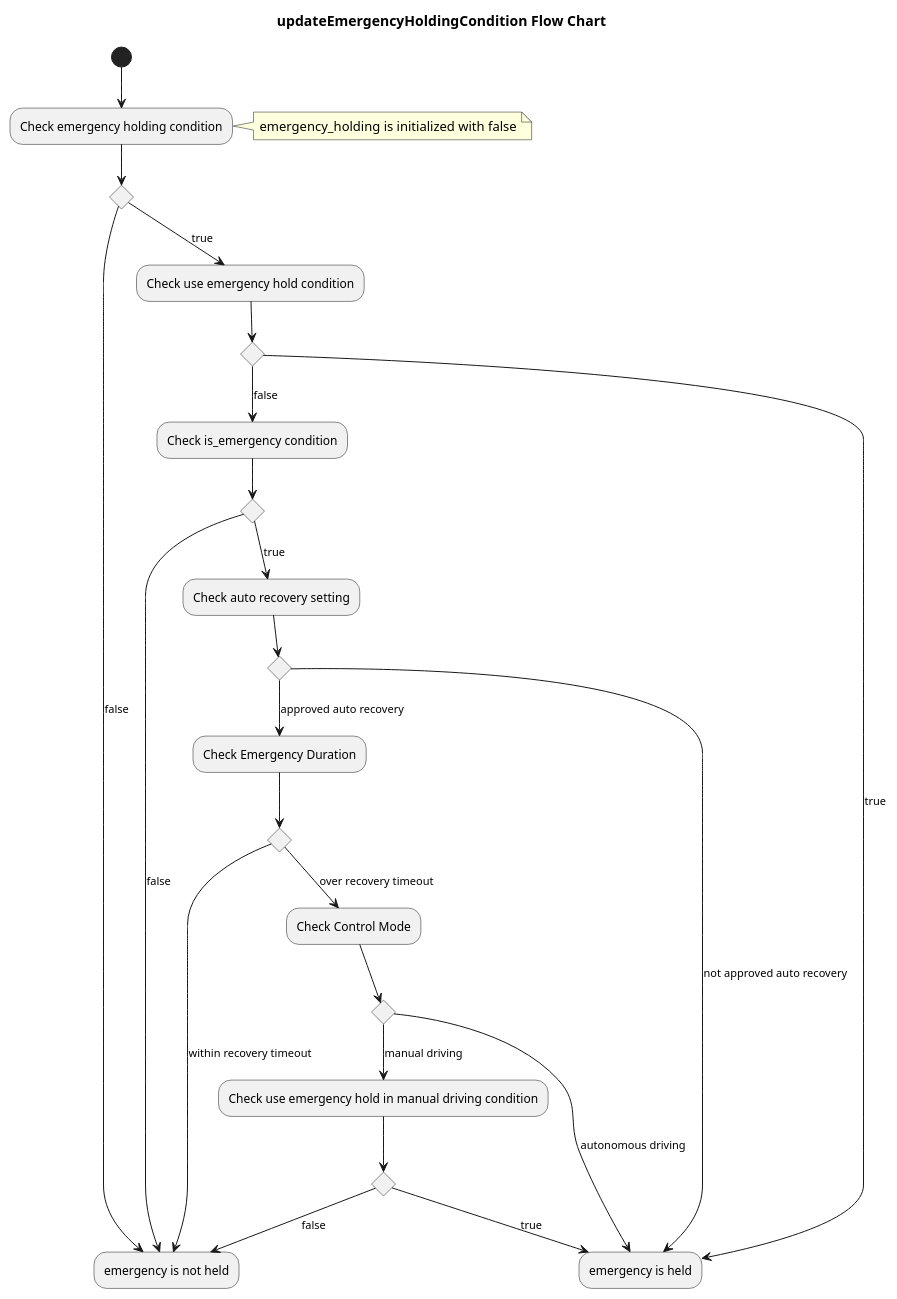
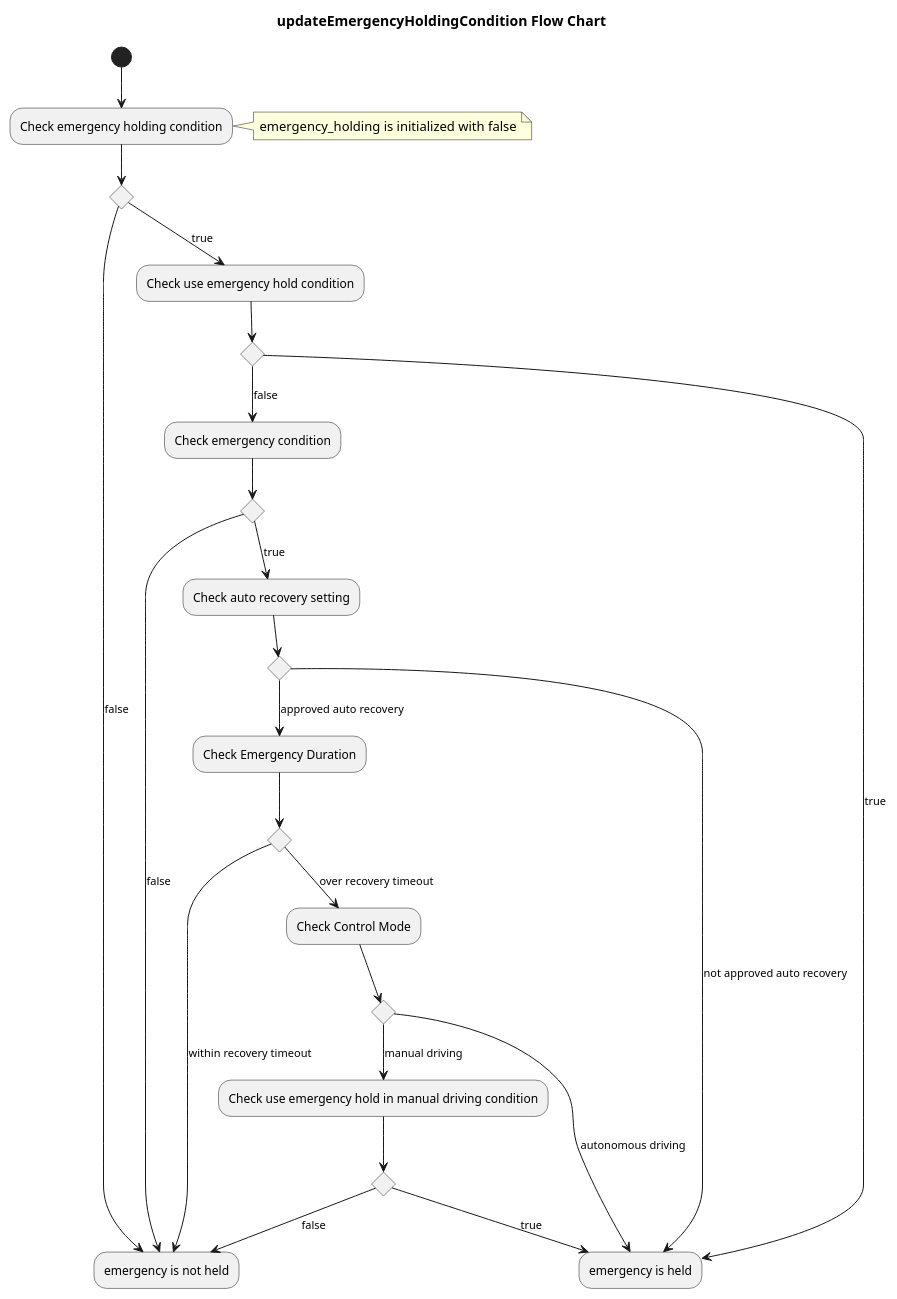
One commit to tier4/AutowareArchitectureProposal.iv changed the second of 2 diagrams in system/autoware_error_monitor/README.md. Above: the diagram before and after it, drawn with PlantUML. The commit also changed 22 other files, not shown here.

````diff
--- a/system/autoware_error_monitor/README.md
+++ b/system/autoware_error_monitor/README.md
@@ -36,52 +36,52 @@
 ```plantuml
 @startuml
 title updateEmergencyHoldingCondition Flow Chart
 
 
 (*) --> "Check emergency holding condition"
 note right : emergency_holding is initialized with false
 
 if "" then
   -->[false] "emergency is not held"
   else
   -->[true] "Check use emergency hold condition"
 endif
 
 if "" then
   -->[true] "emergency is held"
   else
-  -->[false] "Check is_emergency condition"
+  -->[false] "Check emergency condition"
 endif
 
 if "" then
   -->[false] "emergency is not held"
   else
   -->[true] "Check auto recovery setting"
 endif
 
 if "" then
   -->[not approved auto recovery] "emergency is held"
   else
   -->[approved auto recovery] "Check Emergency Duration"
 endif
 
 if "" then
   -->[within recovery timeout] "emergency is not held"
   else
   -->[over recovery timeout] "Check Control Mode"
 endif
 
 if "" then
   -->[autonomous driving] "emergency is held"
   else
   -->[manual driving] "Check use emergency hold in manual driving condition"
 endif
 
 if "" then
   -->[true] "emergency is held"
   else
   -->[false] "emergency is not held"
 endif
 
 @enduml
 ```
````
